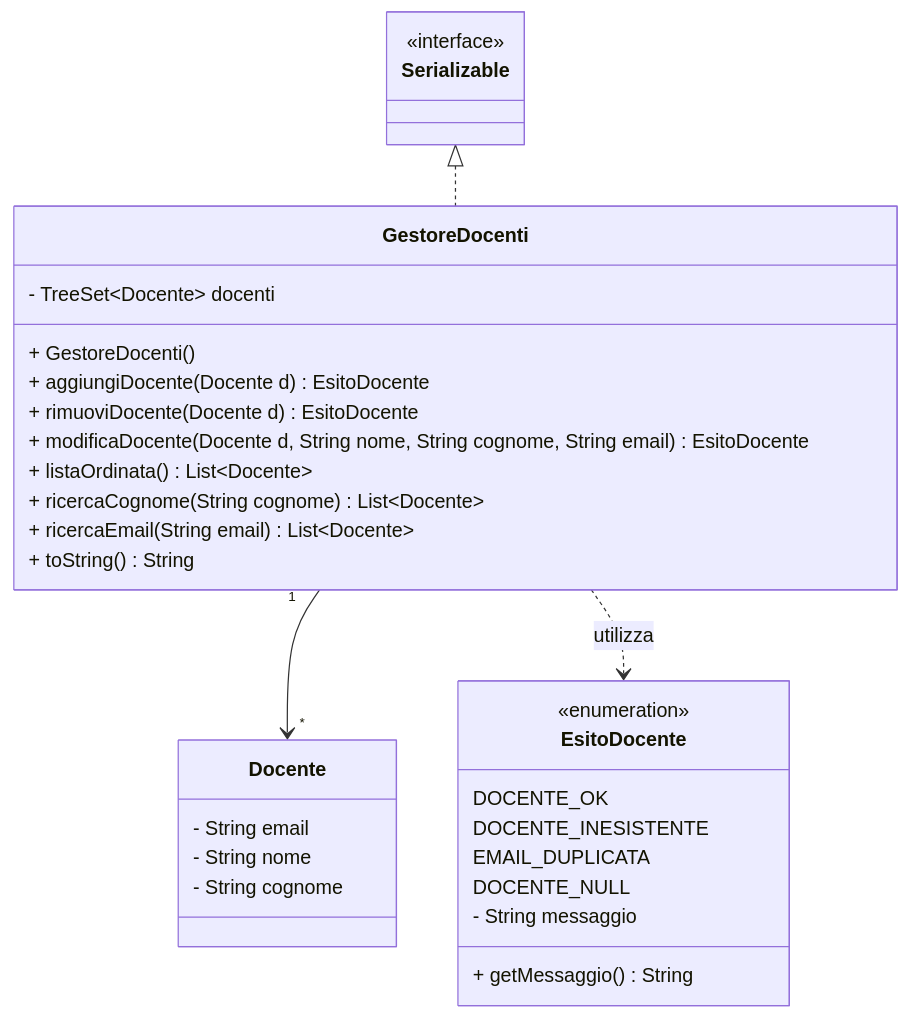
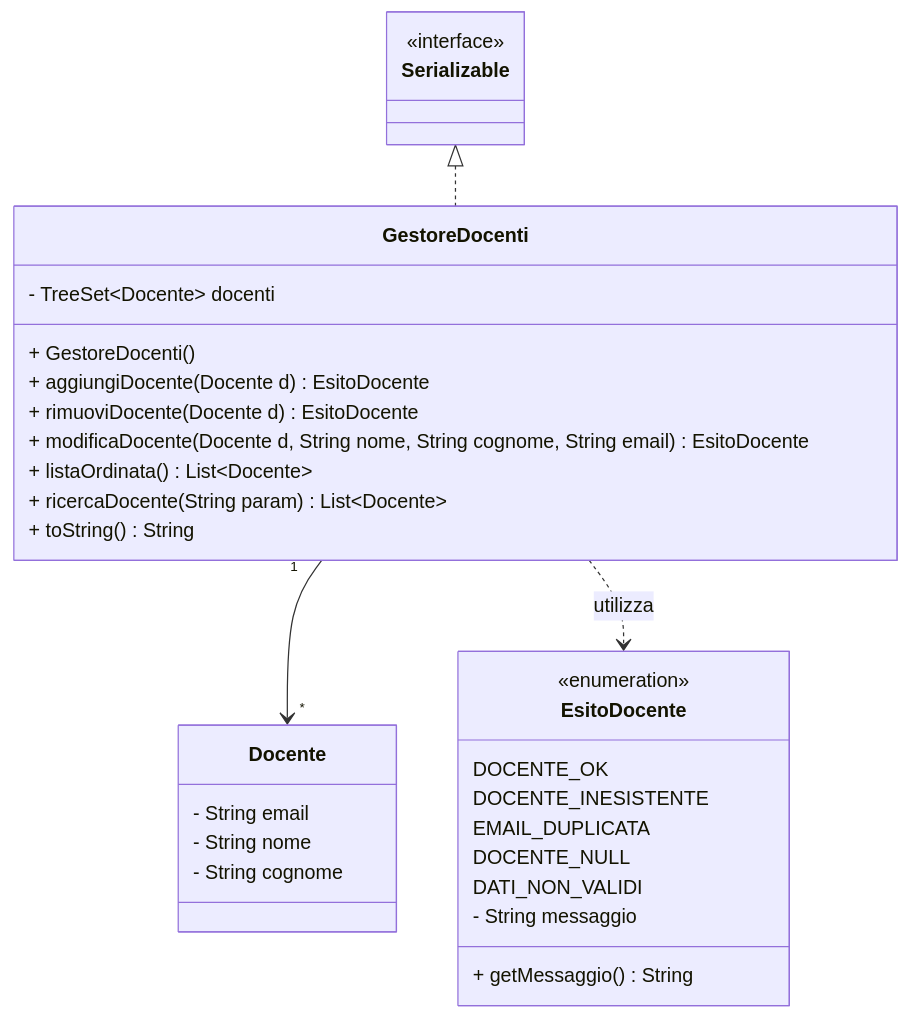
The diagram in diagrams/class diagrams/gestoreDocentiClass.md (gcarbone48/PrenotazioneAule5), drawn with Mermaid before and after one commit. The commit also changed 2 other files, not shown here.

Commit message:
FIX: rimosso attributo scaduta dalla classe Prenotazione fix vari sui commenti fix typo 67 FEAT: aggiunta parametri  alle enumerazioni degli esiti

````diff
--- a/diagrams/class diagrams/gestoreDocentiClass.md
+++ b/diagrams/class diagrams/gestoreDocentiClass.md
@@ -1,53 +1,52 @@
 ```mermaid
 classDiagram
     class Serializable {
              <<interface>>
     }
 
     Serializable <|.. GestoreDocenti 
 
     class Docente{
         - String email
         %% univoca      
         - String nome
         - String cognome
     }
 
     class EsitoDocente{
         <<enumeration>>
         %%esito corretto
         DOCENTE_OK
         %%restituita se il docente passato non esiste
         DOCENTE_INESISTENTE
         %%restituita se la mail è già associata ad un altro docente
         EMAIL_DUPLICATA
         %%restituita se il docente passato è null
         DOCENTE_NULL
+        DATI_NON_VALIDI
+        
         - String messaggio
         + getMessaggio() String
     }
 
     class GestoreDocenti{
         - TreeSet~Docente~ docenti
         + GestoreDocenti()
         %%restituisce l'esito dell'operazione
         + aggiungiDocente(Docente d) EsitoDocente
         %%restituisce l'esito della prenotazione
         + rimuoviDocente (Docente d) EsitoDocente
         %%restituisce l'esito dell'operazione
         + modificaDocente (Docente d, String nome, String cognome, String email) EsitoDocente
         %%restituisce una lista ordinata contenente i docenti
         + listaOrdinata () List~Docente~
-        %%restituisce una lista ordinata di docenti il cui cognome 
-        %%contiene la stringa passata
-        + ricercaCognome (String cognome) List~Docente~
-        %%restituisce una lista ordinata di docenti la cui mail 
-        %%contiene la stringa passata
-        + ricercaEmail (String email) List~Docente~
+        %%restituisce una lista ordinata di docenti il cui cognome o la cui mail
+        %%contiene la stringa passata 
+        + ricercaDocente (String param) List~Docente~
 
         + toString() String
     }
 
     GestoreDocenti "1" --> "*" Docente
     GestoreDocenti ..> EsitoDocente : utilizza
 ```
````
